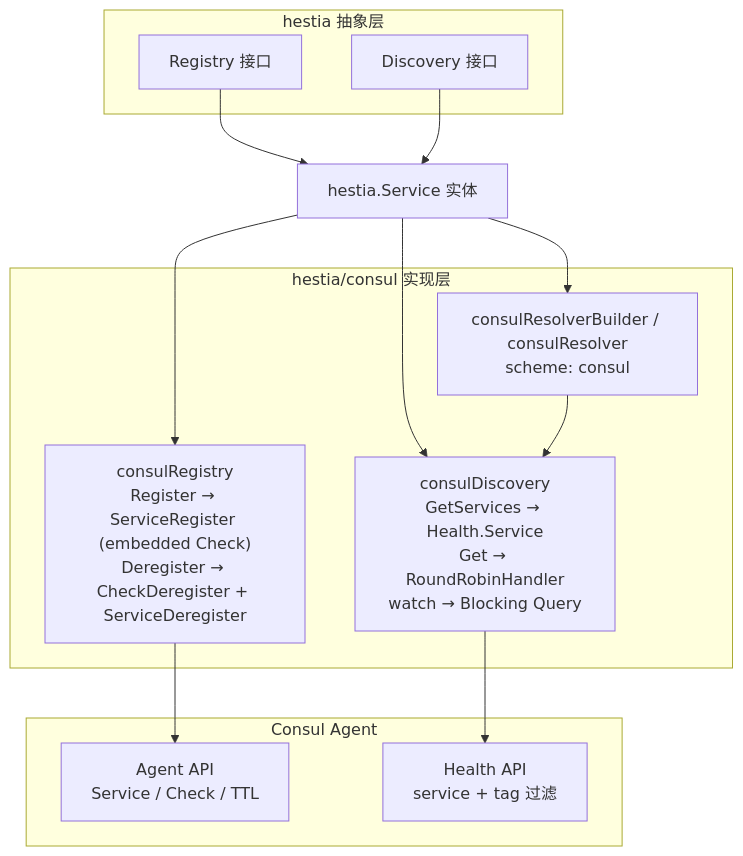
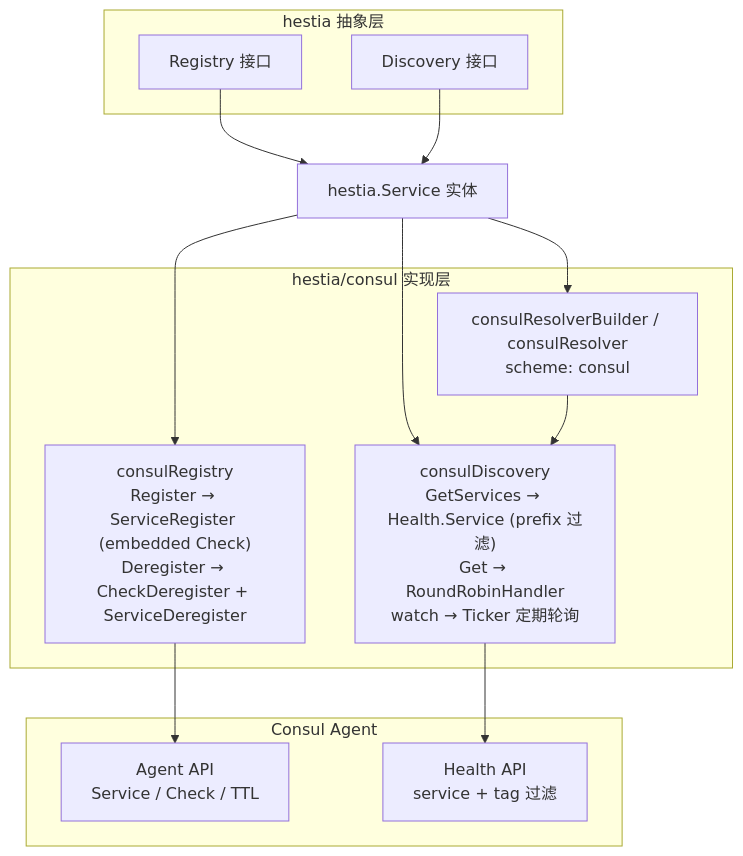
The second of 2 diagrams in hestia/readme.md (daheige/hephfx), drawn with Mermaid before and after one commit. The commit also changed other lines of this file and 12 other files, not shown here.

````diff
--- a/hestia/readme.md
+++ b/hestia/readme.md
@@ -356,29 +363,29 @@
 ```mermaid
 flowchart TB
     subgraph Abstract["hestia 抽象层"]
         Registry["Registry 接口"]
         Discovery["Discovery 接口"]
     end
 
     Service["hestia.Service 实体"]
 
     subgraph ConsulImpl["hestia/consul 实现层"]
         consulRegistry["consulRegistry\nRegister → ServiceRegister (embedded Check)\nDeregister → CheckDeregister + ServiceDeregister"]
-        consulDiscovery["consulDiscovery\nGetServices → Health.Service\nGet → RoundRobinHandler\nwatch → Blocking Query"]
+        consulDiscovery["consulDiscovery\nGetServices → Health.Service (prefix 过滤)\nGet → RoundRobinHandler\nwatch → Ticker 定期轮询"]
         consulResolver["consulResolverBuilder / consulResolver\nscheme: consul"]
     end
 
     subgraph ConsulAgent["Consul Agent"]
         AgentAPI["Agent API\nService / Check / TTL"]
         HealthAPI["Health API\nservice + tag 过滤"]
     end
 
     Registry --> Service
     Discovery --> Service
     Service --> consulRegistry
     Service --> consulDiscovery
     Service --> consulResolver
     consulRegistry --> AgentAPI
     consulDiscovery --> HealthAPI
     consulResolver --> consulDiscovery
 ```
````
